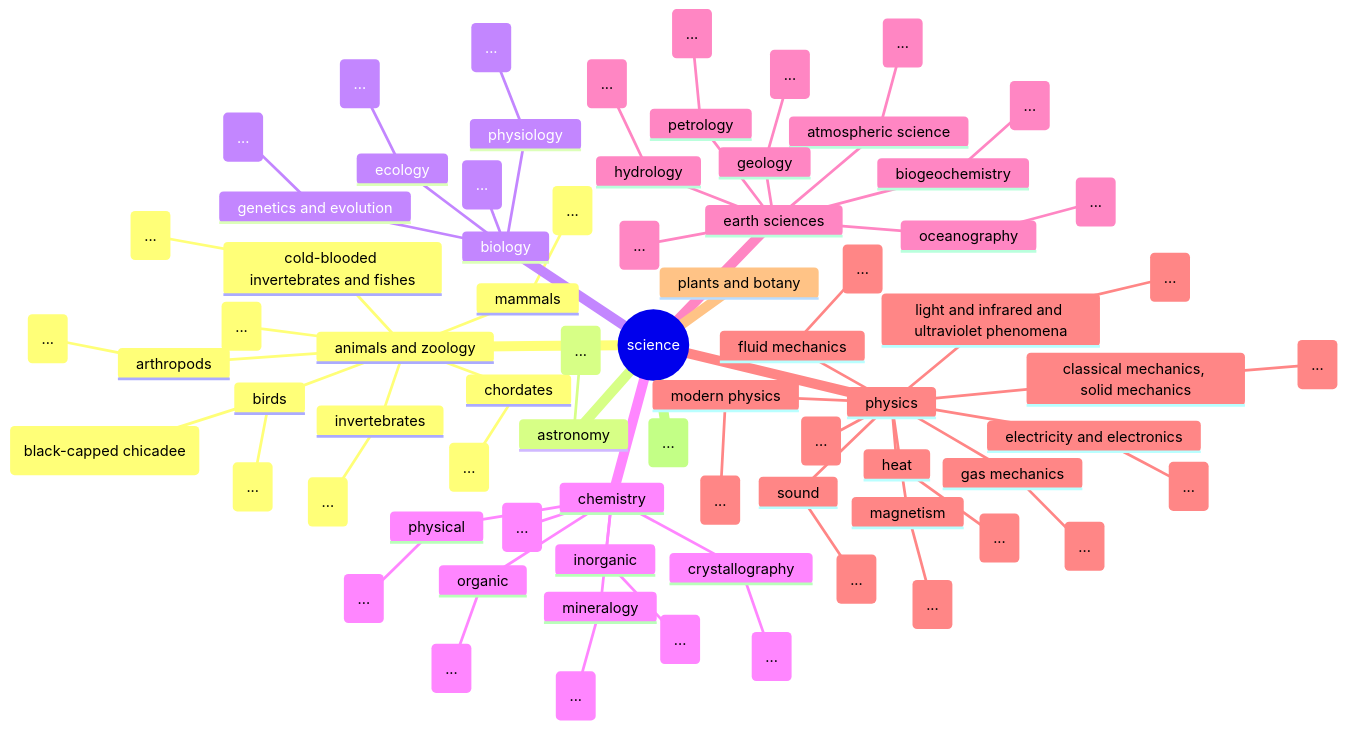
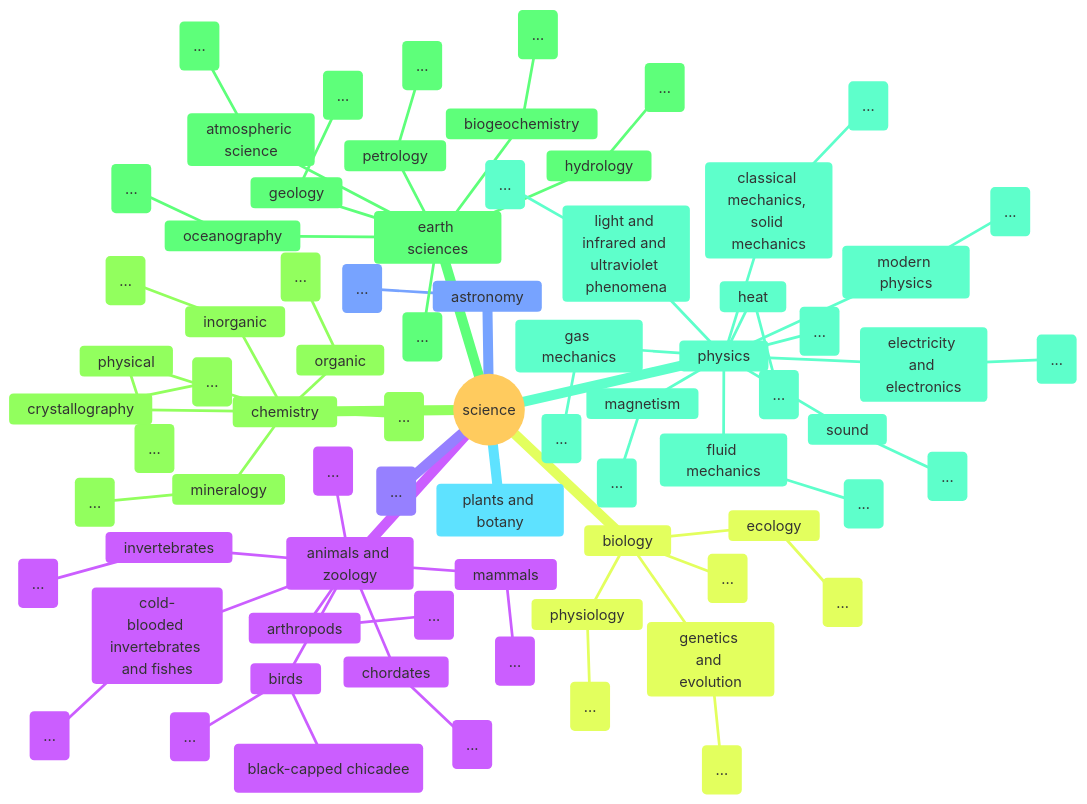
One commit to nimbinatus/taxonomy changed the seventh of 8 diagrams in docs/full_taxonomy.md. Above: the diagram before and after it, drawn with Mermaid. The commit also changed other lines of this file, not shown here.

Commit message:
style(mermaid): clean up diagrams

````diff
--- a/docs/full_taxonomy.md
+++ b/docs/full_taxonomy.md
@@ -275,4 +319,12 @@
 ```mermaid
+---
+title: Science
+config:
+    fontSize: 8
+    theme: base
+    mindmap:
+        maxNodeWidth: 100
+---
 mindmap
     root((science))
         animals and zoology
````
